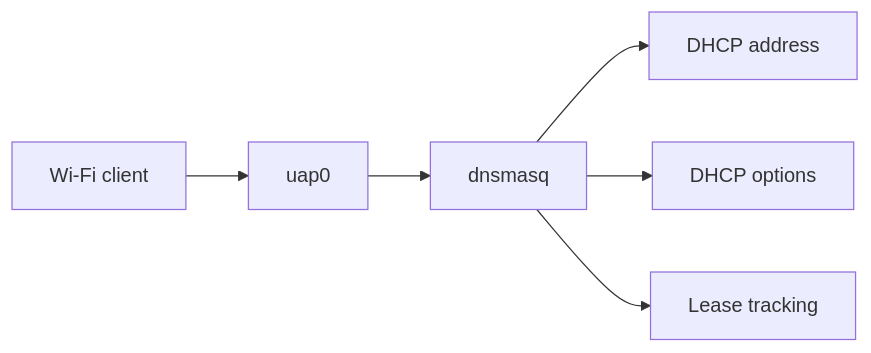
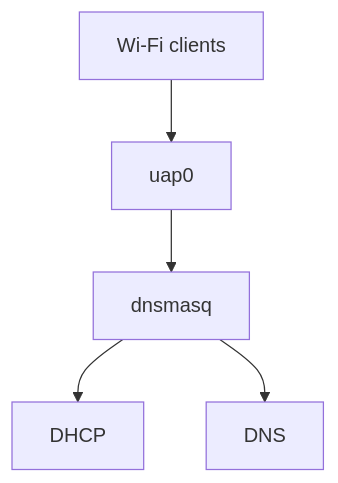
One commit to joeyQuery/MHI2-Wireless-CarPlay changed diagram 16 of 22 in docs/wifi.md. Above: the diagram before and after it, drawn with Mermaid. The commit also changed other lines of this file, not shown here.

````diff
--- a/docs/wifi.md
+++ b/docs/wifi.md
@@ -384,17 +510,15 @@
 ```mermaid
-flowchart LR
-    CLIENT["Wi-Fi client"]
+flowchart TB
+    CLIENT["Wi-Fi clients"]
     UAP["uap0"]
     DNSMASQ["dnsmasq"]
 
-    DHCP["DHCP address"]
-    OPTIONS["DHCP options"]
-    LEASES["Lease tracking"]
+    DHCP["DHCP"]
+    DNS["DNS"]
 
     CLIENT --> UAP
     UAP --> DNSMASQ
 
     DNSMASQ --> DHCP
-    DNSMASQ --> OPTIONS
-    DNSMASQ --> LEASES
+    DNSMASQ --> DNS
 ```
````
